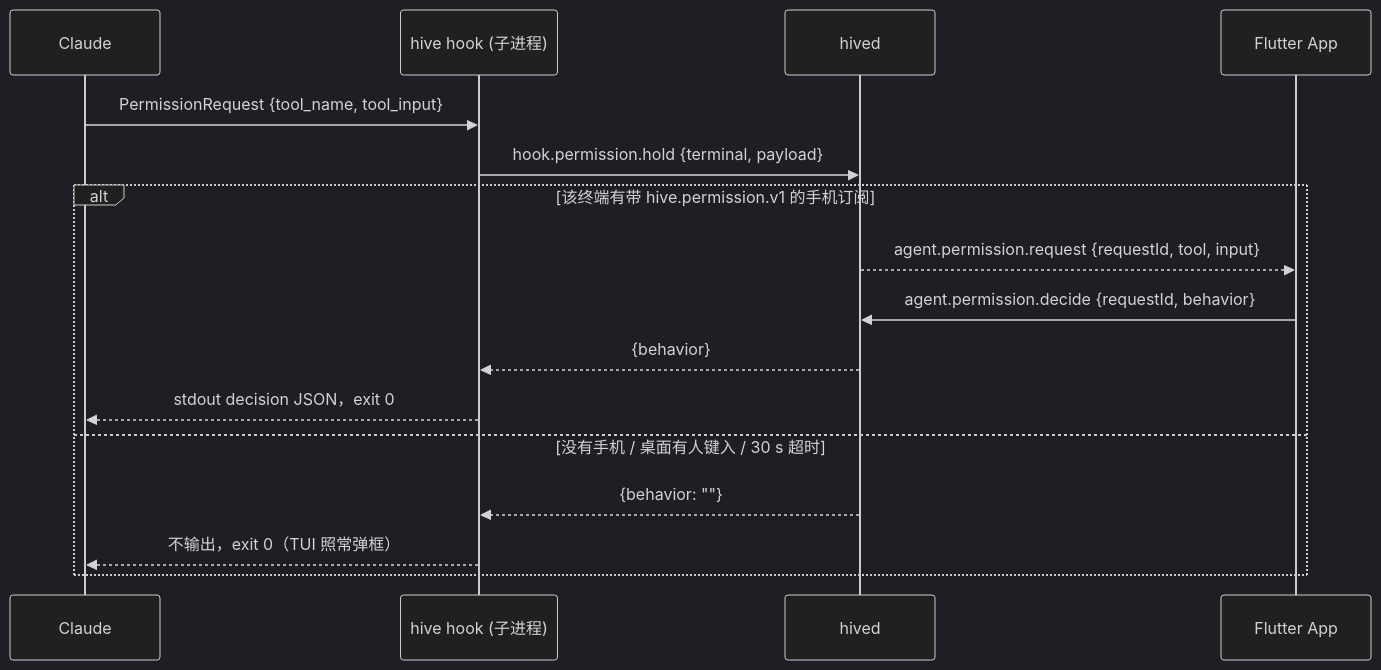
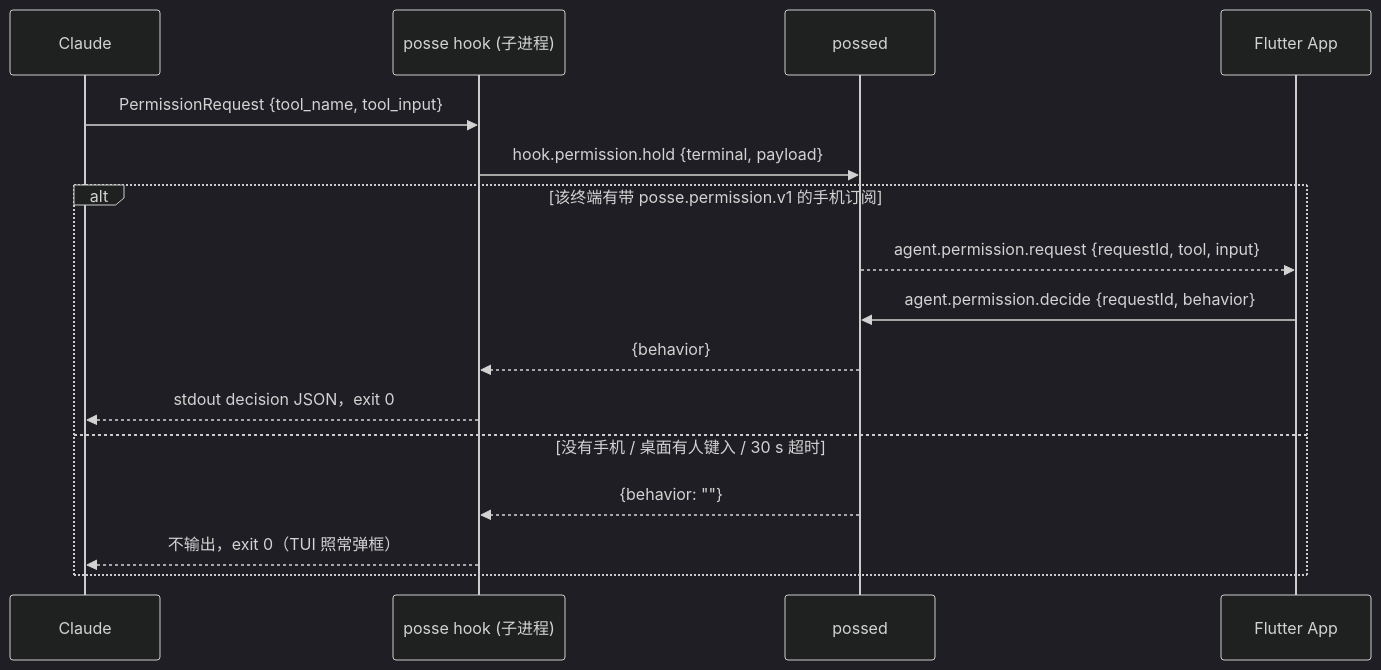
One commit to syanbo/posse changed the second of 2 diagrams in docs/mobile-flutter-architecture.md. Above: the diagram before and after it, drawn with Mermaid (dark theme). The commit also changed other lines of this file and 364 other files, not shown here.

````diff
--- a/docs/mobile-flutter-architecture.md
+++ b/docs/mobile-flutter-architecture.md
@@ -212,18 +212,18 @@
 ```mermaid
 sequenceDiagram
     participant Claude
-    participant Hook as hive hook (子进程)
-    participant D as hived
+    participant Hook as posse hook (子进程)
+    participant D as possed
     participant Phone as Flutter App
     Claude->>Hook: PermissionRequest {tool_name, tool_input}
     Hook->>D: hook.permission.hold {terminal, payload}
-    alt 该终端有带 hive.permission.v1 的手机订阅
+    alt 该终端有带 posse.permission.v1 的手机订阅
         D-->>Phone: agent.permission.request {requestId, tool, input}
         Phone->>D: agent.permission.decide {requestId, behavior}
         D-->>Hook: {behavior}
         Hook-->>Claude: stdout decision JSON，exit 0
     else 没有手机 / 桌面有人键入 / 30 s 超时
         D-->>Hook: {behavior: ""}
         Hook-->>Claude: 不输出，exit 0（TUI 照常弹框）
     end
 ```
````
